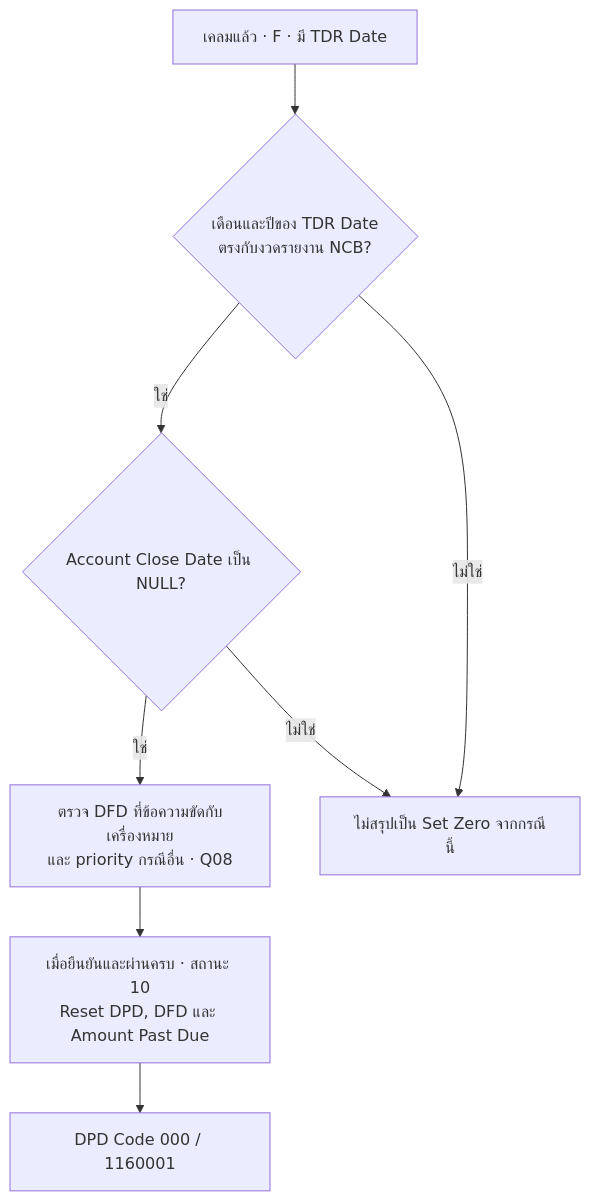
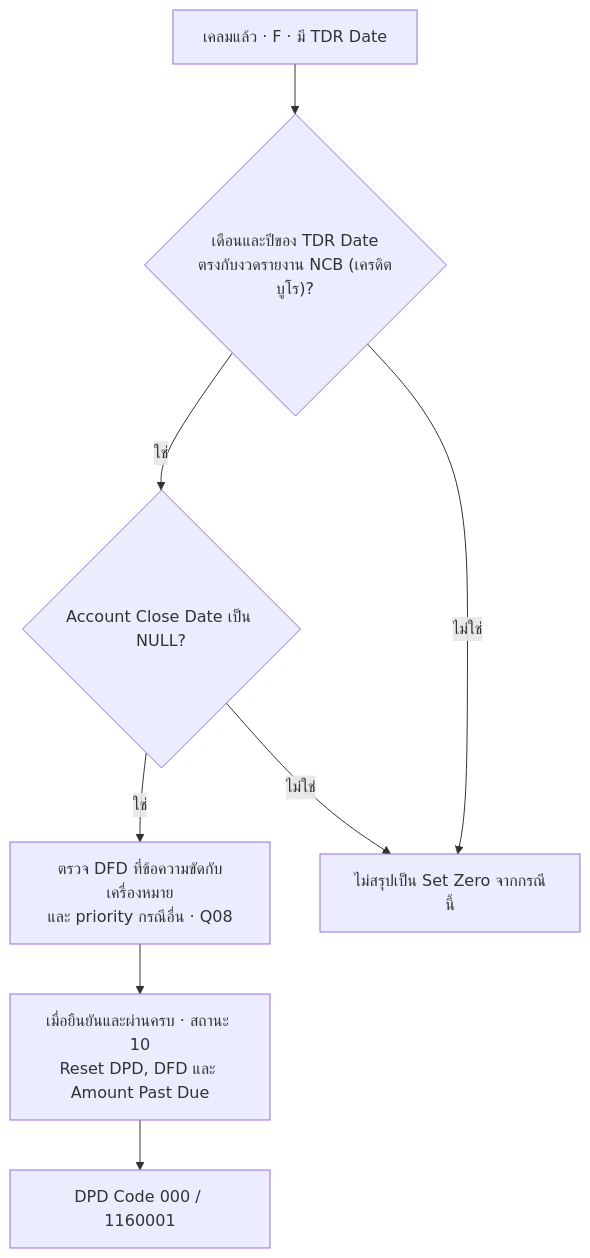
Before and after one commit to yukasung/eodncb: the fifth of 10 diagrams in app/account-status/page.mdx, drawn with Mermaid. The commit also changed other lines of this file and 16 other files, not shown here.

````diff
--- a/app/account-status/page.mdx
+++ b/app/account-status/page.mdx
@@ -210,10 +212,10 @@
 ```mermaid
 flowchart TD
-    A[เคลมแล้ว · F · มี TDR Date] --> B{เดือนและปีของ TDR Date<br/>ตรงกับงวดรายงาน NCB?}
+    A[เคลมแล้ว · F · มี TDR Date] --> B{"เดือนและปีของ TDR Date<br/>ตรงกับงวดรายงาน NCB (เครดิตบูโร)?"}
     B -->|ใช่| C{Account Close Date เป็น NULL?}
     C -->|ใช่| D[ตรวจ DFD ที่ข้อความขัดกับเครื่องหมาย<br/>และ priority กรณีอื่น · Q08]
     D --> E[เมื่อยืนยันและผ่านครบ · สถานะ 10<br/>Reset DPD, DFD และ Amount Past Due]
     E --> F[DPD Code 000 / 1160001]
     B -->|ไม่ใช่| X[ไม่สรุปเป็น Set Zero จากกรณีนี้]
     C -->|ไม่ใช่| X
 ```
````
